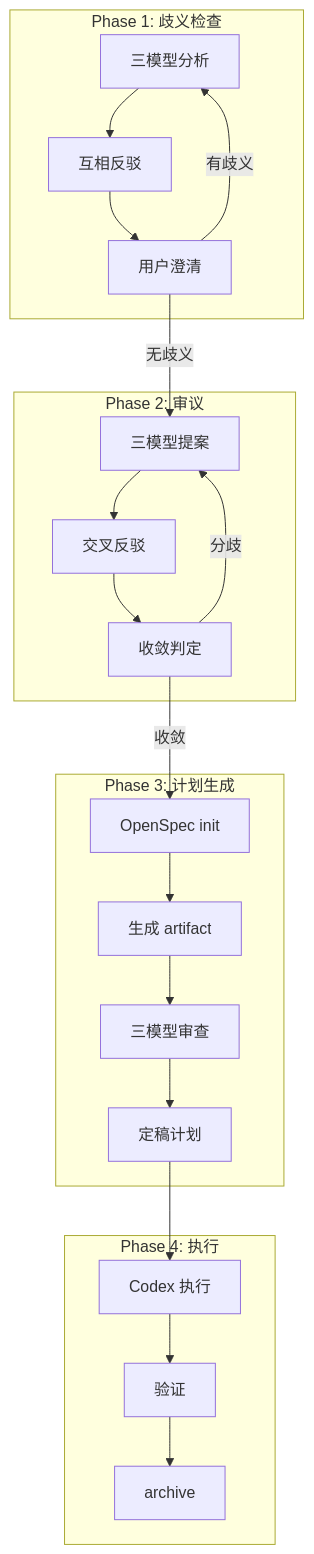
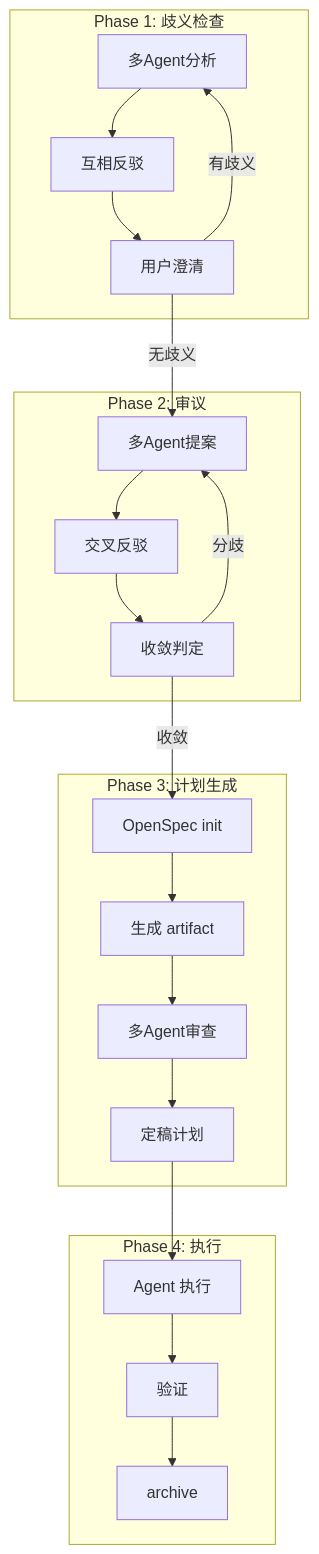
Before and after one commit to iwen-conf/Skills: the diagram in deliberate/CLAUDE.md, drawn with Mermaid. The commit also changed other lines of this file and 9 other files, not shown here.

````diff
--- a/deliberate/CLAUDE.md
+++ b/deliberate/CLAUDE.md
@@ -163,38 +166,38 @@
 ```mermaid
 graph TD
     subgraph Phase1[Phase 1: 歧义检查]
-        AMB1["三模型分析"]
+        AMB1["多Agent分析"]
         AMB2["互相反驳"]
         AMB3["用户澄清"]
     end
 
     subgraph Phase2[Phase 2: 审议]
-        PROP["三模型提案"]
+        PROP["多Agent提案"]
         CRIT["交叉反驳"]
         CONV["收敛判定"]
     end
 
     subgraph Phase3[Phase 3: 计划生成]
         OS["OpenSpec init"]
         GEN["生成 artifact"]
-        REV["三模型审查"]
+        REV["多Agent审查"]
         FIN["定稿计划"]
     end
 
     subgraph Phase4[Phase 4: 执行]
-        EXEC["Codex 执行"]
+        EXEC["Agent 执行"]
         VAL["验证"]
         ARC["archive"]
     end
 
     AMB1 --> AMB2 --> AMB3
     AMB3 -->|无歧义| PROP
     AMB3 -->|有歧义| AMB1
 
     PROP --> CRIT --> CONV
     CONV -->|收敛| OS
     CONV -->|分歧| PROP
 
     OS --> GEN --> REV --> FIN
     FIN --> EXEC --> VAL --> ARC
 ```
````
